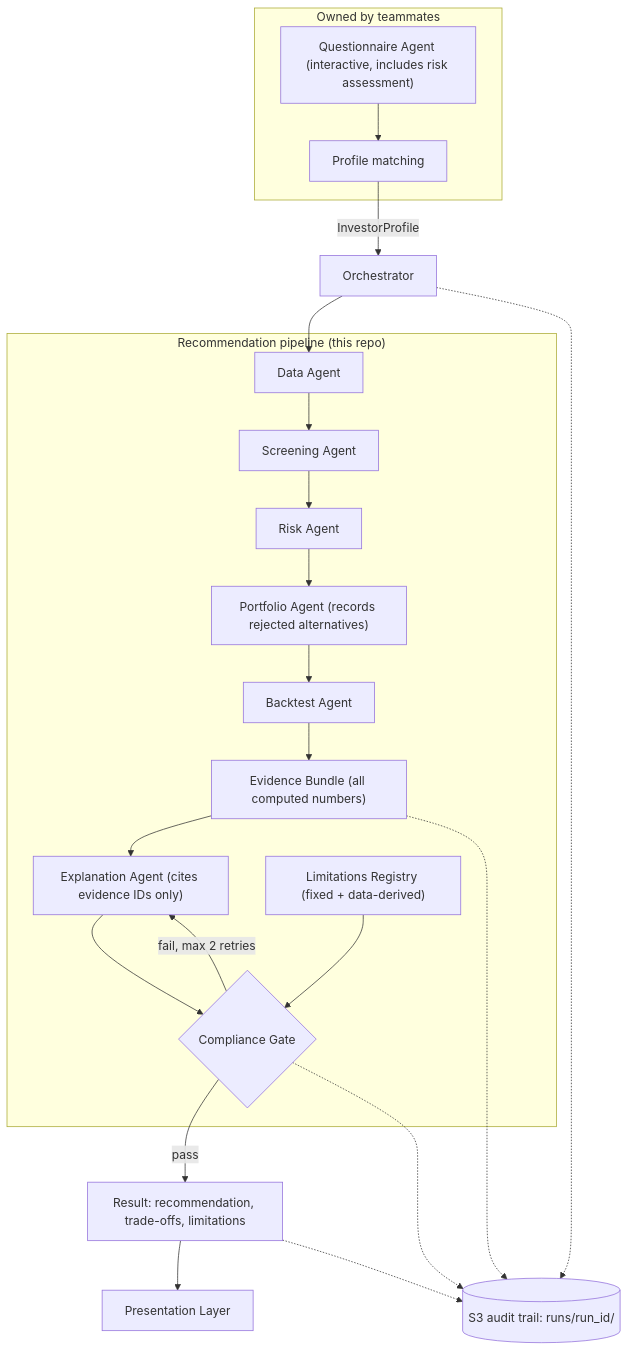
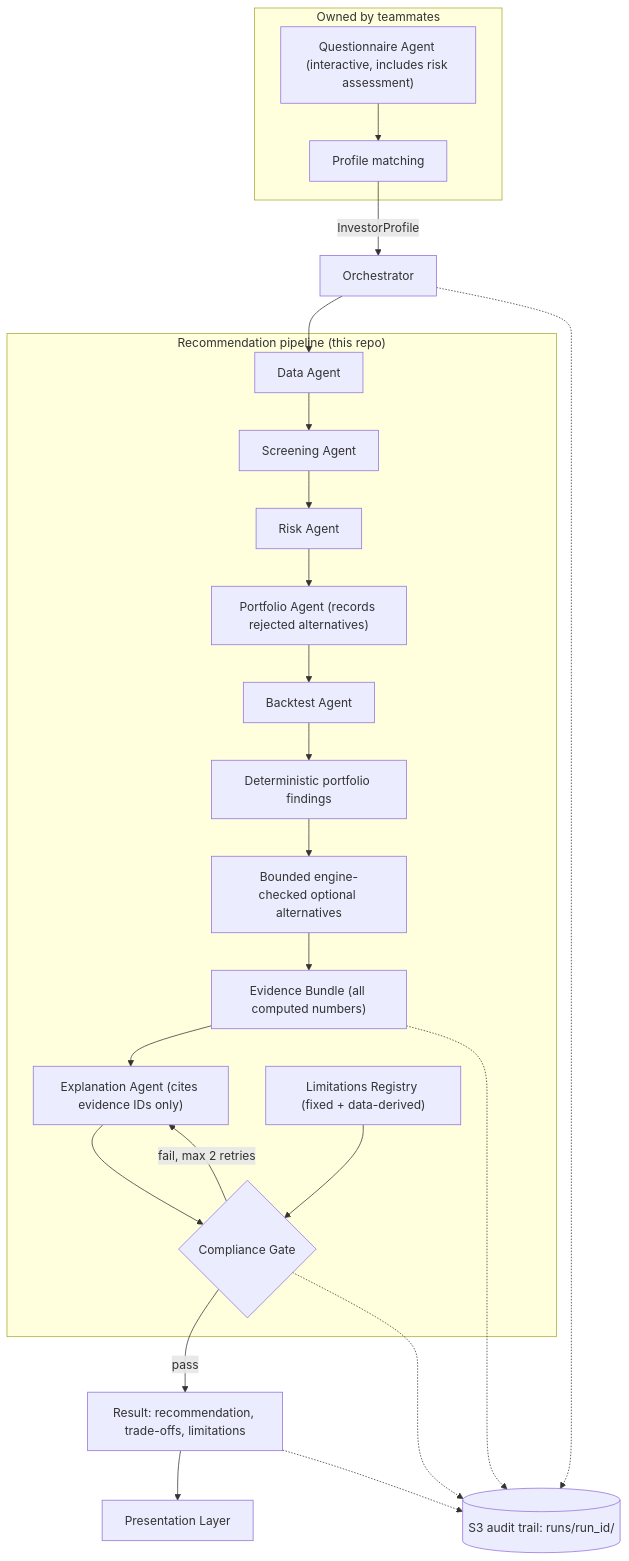
The diagram in docs/pipeline.mmd (JayjayGz/RecommenDathon), drawn with Mermaid before and after one commit. The commit also changed 30 other files, not shown here.

```diff
--- a/docs/pipeline.mmd
+++ b/docs/pipeline.mmd
@@ -1,27 +1,29 @@
 flowchart TD
     subgraph TEAM["Owned by teammates"]
         Q["Questionnaire Agent (interactive, includes risk assessment)"]
         M["Profile matching"]
         Q --> M
     end
     M -->|"InvestorProfile"| ORCH["Orchestrator"]
 
     subgraph PIPE["Recommendation pipeline (this repo)"]
         DATAA["Data Agent"] --> SCREEN["Screening Agent"]
         SCREEN --> RISK["Risk Agent"]
         RISK --> PORT["Portfolio Agent (records rejected alternatives)"]
         PORT --> BT["Backtest Agent"]
-        BT --> EV["Evidence Bundle (all computed numbers)"]
+        BT --> REVIEW["Deterministic portfolio findings"]
+        REVIEW --> SEARCH["Bounded engine-checked optional alternatives"]
+        SEARCH --> EV["Evidence Bundle (all computed numbers)"]
         EV --> EXPL["Explanation Agent (cites evidence IDs only)"]
         LIM["Limitations Registry (fixed + data-derived)"] --> GATE
         EXPL --> GATE{"Compliance Gate"}
         GATE -->|"fail, max 2 retries"| EXPL
     end
 
     ORCH --> DATAA
     GATE -->|pass| OUT["Result: recommendation, trade-offs, limitations"]
     OUT --> UI["Presentation Layer"]
     ORCH -.-> AUDIT[("S3 audit trail: runs/run_id/")]
     EV -.-> AUDIT
     GATE -.-> AUDIT
     OUT -.-> AUDIT
```
